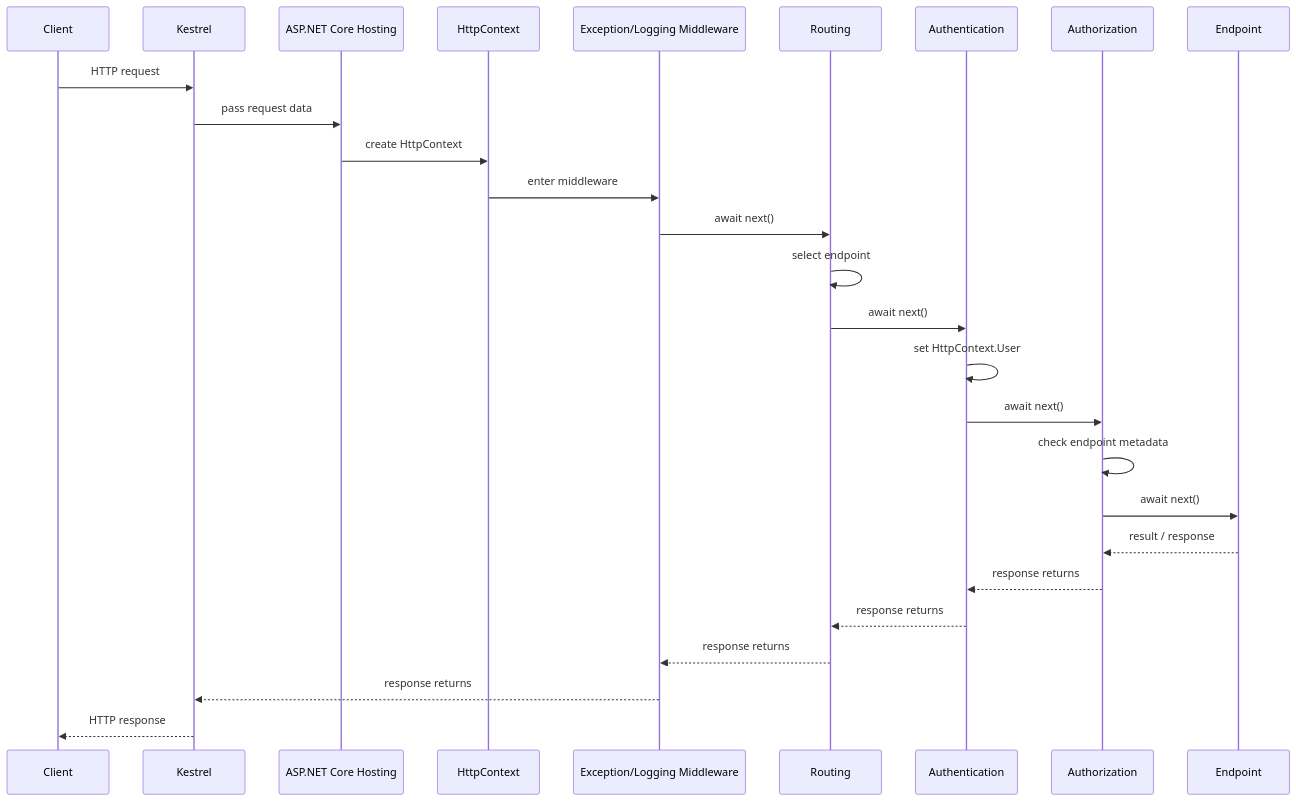
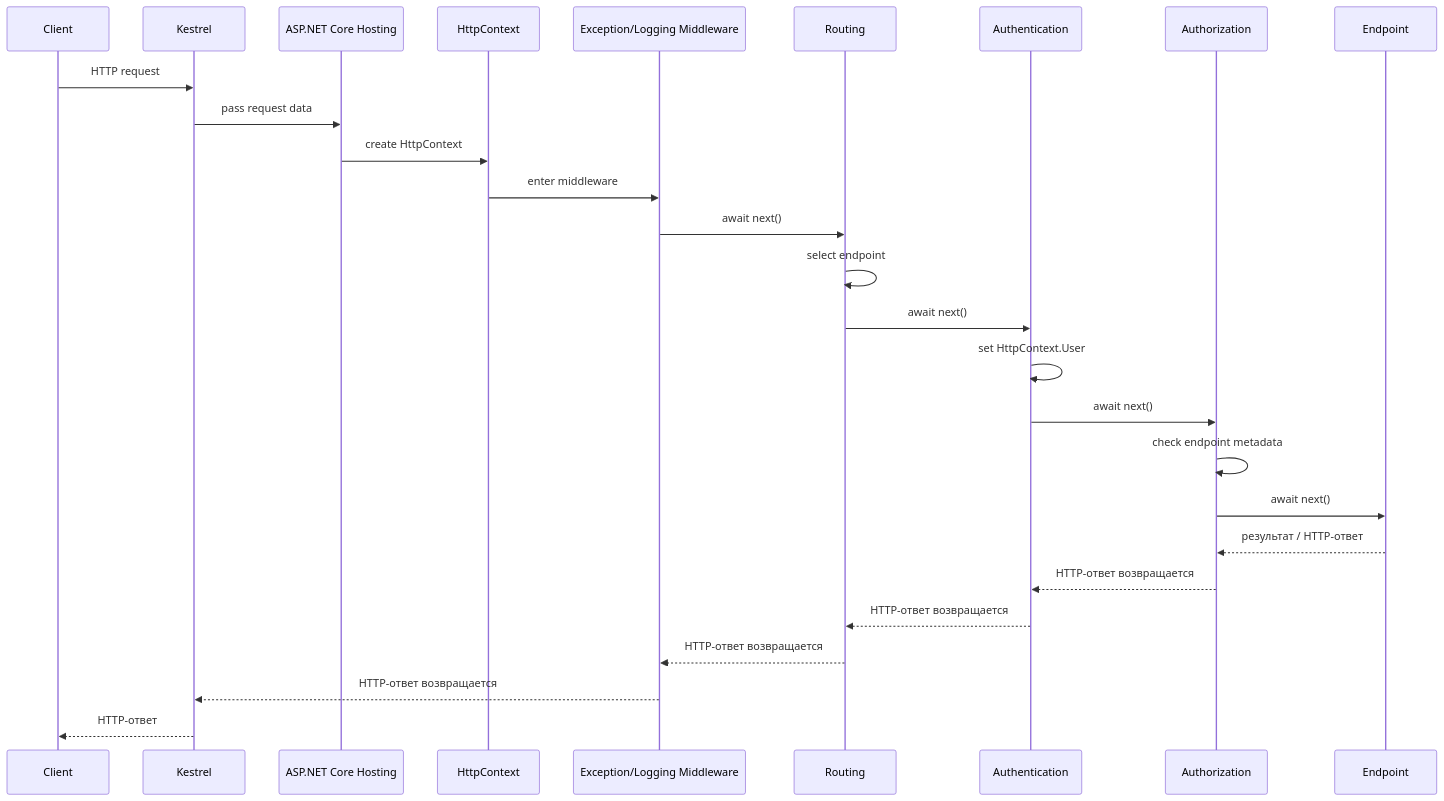
Before and after one commit to EugenTovarchi/Backend-Engineer-Handbook: the diagram in 02_ASPNET_Core_Request_Pipeline/08_Full_ASPNET_Core_Request_Pipeline.md, drawn with Mermaid. The commit also changed other lines of this file and 6 other files, not shown here.

````diff
--- a/02_ASPNET_Core_Request_Pipeline/08_Full_ASPNET_Core_Request_Pipeline.md
+++ b/02_ASPNET_Core_Request_Pipeline/08_Full_ASPNET_Core_Request_Pipeline.md
@@ -54,30 +54,30 @@
 ```mermaid
 sequenceDiagram
     participant Client as Client
     participant Kestrel as Kestrel
     participant Hosting as ASP.NET Core Hosting
     participant Context as HttpContext
     participant M1 as Exception/Logging Middleware
     participant Routing as Routing
     participant AuthN as Authentication
     participant AuthZ as Authorization
     participant Endpoint as Endpoint
 
     Client->>Kestrel: HTTP request
     Kestrel->>Hosting: pass request data
     Hosting->>Context: create HttpContext
     Context->>M1: enter middleware
     M1->>Routing: await next()
     Routing->>Routing: select endpoint
     Routing->>AuthN: await next()
     AuthN->>AuthN: set HttpContext.User
     AuthN->>AuthZ: await next()
     AuthZ->>AuthZ: check endpoint metadata
     AuthZ->>Endpoint: await next()
-    Endpoint-->>AuthZ: result / response
-    AuthZ-->>AuthN: response returns
-    AuthN-->>Routing: response returns
-    Routing-->>M1: response returns
-    M1-->>Kestrel: response returns
-    Kestrel-->>Client: HTTP response
+    Endpoint-->>AuthZ: результат / HTTP-ответ
+    AuthZ-->>AuthN: HTTP-ответ возвращается
+    AuthN-->>Routing: HTTP-ответ возвращается
+    Routing-->>M1: HTTP-ответ возвращается
+    M1-->>Kestrel: HTTP-ответ возвращается
+    Kestrel-->>Client: HTTP-ответ
 ```
````
